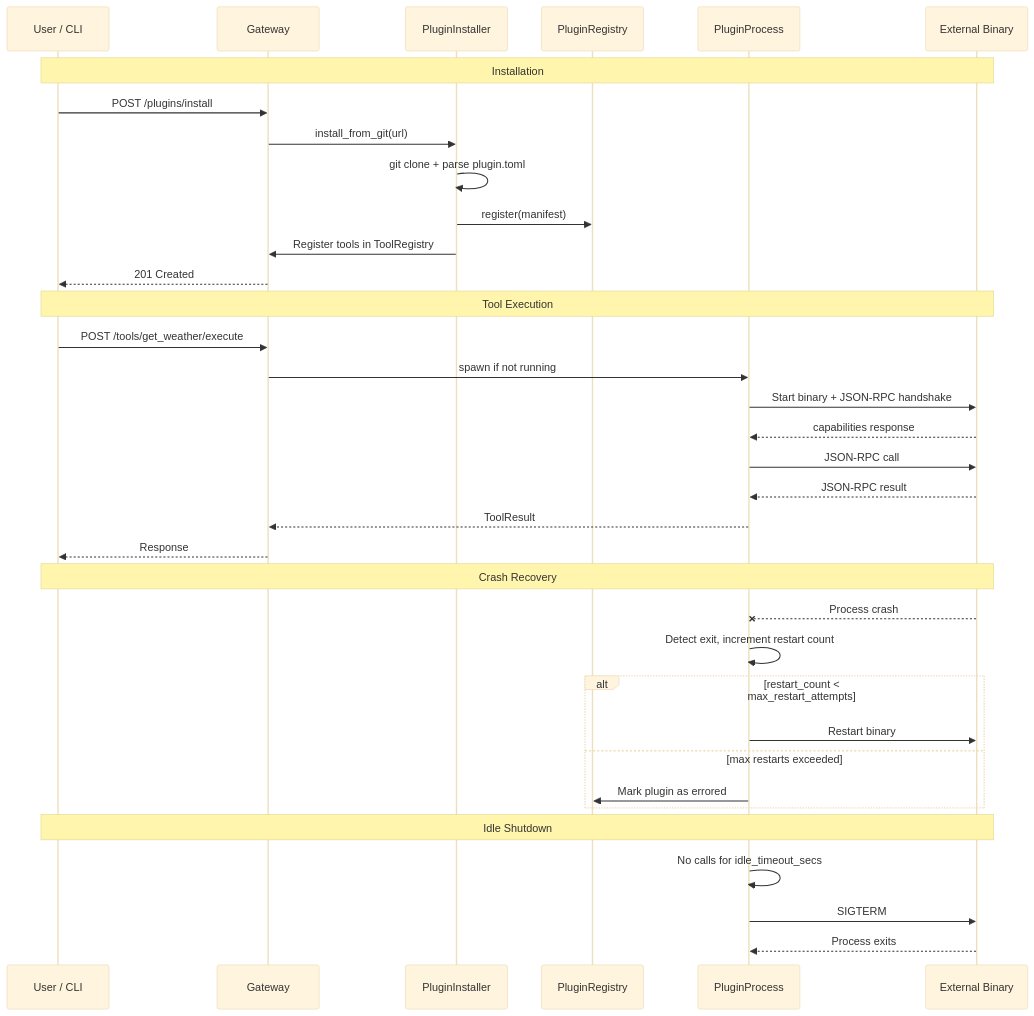
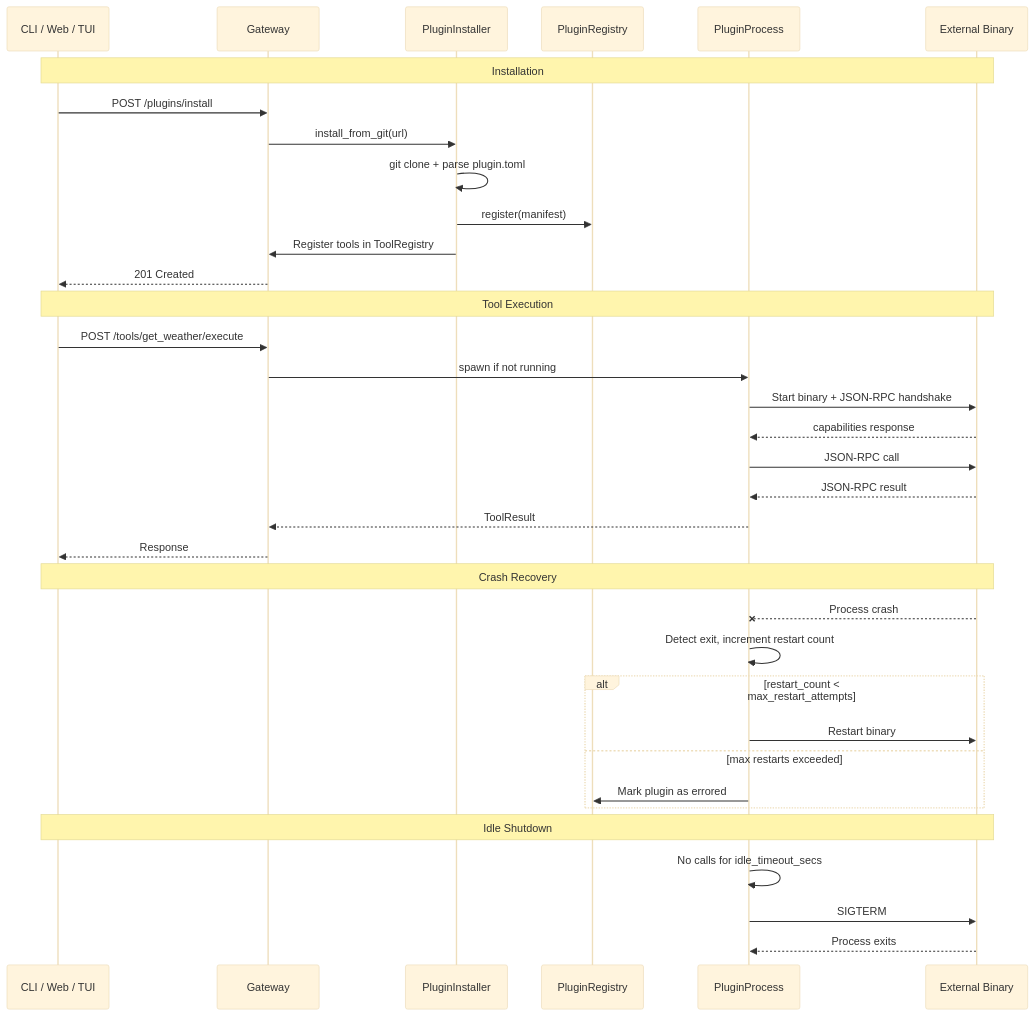
Diagram 20 of 24 in docs/processes.md (sprklai/mesoclaw), drawn with Mermaid (base theme) before and after one commit. The commit also changed other lines of this file and 10 other files, not shown here.

````diff
--- a/docs/processes.md
+++ b/docs/processes.md
@@ -703,41 +709,41 @@
 ```mermaid
 sequenceDiagram
-    participant User as User / CLI
+    participant CLI as CLI / Web / TUI
     participant GW as Gateway
     participant Inst as PluginInstaller
     participant Reg as PluginRegistry
     participant Proc as PluginProcess
     participant Ext as External Binary
 
-    Note over User,Ext: Installation
-    User->>GW: POST /plugins/install
+    Note over CLI,Ext: Installation
+    CLI->>GW: POST /plugins/install
     GW->>Inst: install_from_git(url)
     Inst->>Inst: git clone + parse plugin.toml
     Inst->>Reg: register(manifest)
     Inst->>GW: Register tools in ToolRegistry
-    GW-->>User: 201 Created
+    GW-->>CLI: 201 Created
 
-    Note over User,Ext: Tool Execution
-    User->>GW: POST /tools/get_weather/execute
+    Note over CLI,Ext: Tool Execution
+    CLI->>GW: POST /tools/get_weather/execute
     GW->>Proc: spawn if not running
     Proc->>Ext: Start binary + JSON-RPC handshake
     Ext-->>Proc: capabilities response
     Proc->>Ext: JSON-RPC call
     Ext-->>Proc: JSON-RPC result
     Proc-->>GW: ToolResult
-    GW-->>User: Response
+    GW-->>CLI: Response
 
-    Note over User,Ext: Crash Recovery
+    Note over CLI,Ext: Crash Recovery
     Ext--xProc: Process crash
     Proc->>Proc: Detect exit, increment restart count
     alt restart_count < max_restart_attempts
         Proc->>Ext: Restart binary
     else max restarts exceeded
         Proc->>Reg: Mark plugin as errored
     end
 
-    Note over User,Ext: Idle Shutdown
+    Note over CLI,Ext: Idle Shutdown
     Proc->>Proc: No calls for idle_timeout_secs
     Proc->>Ext: SIGTERM
     Ext-->>Proc: Process exits
 ```
````
